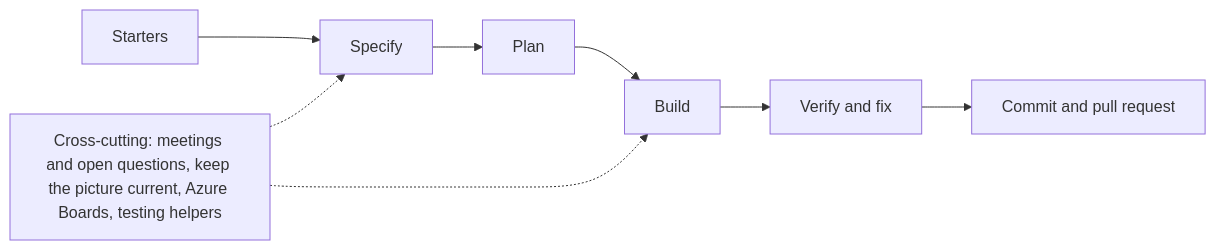
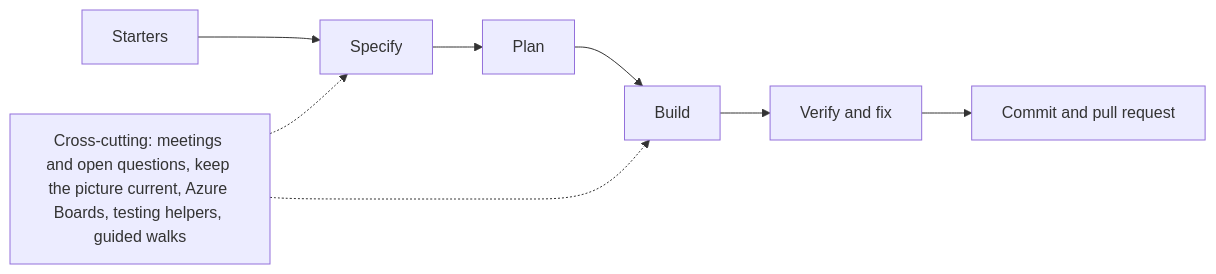
The diagram in README.md (Crav1on/crav1-spec-kit), drawn with Mermaid before and after one commit. The commit also changed other lines of this file and 81 other files, not shown here.

````diff
--- a/README.md
+++ b/README.md
@@ -40,6 +40,6 @@
 ```mermaid
 flowchart LR
   S[Starters] --> Specify --> Plan --> Build --> V[Verify and fix] --> C[Commit and pull request]
-  X[Cross-cutting: meetings and open questions, keep the picture current, Azure Boards, testing helpers] -.-> Specify
+  X[Cross-cutting: meetings and open questions, keep the picture current, Azure Boards, testing helpers, guided walks] -.-> Specify
   X -.-> Build
 ```
````
